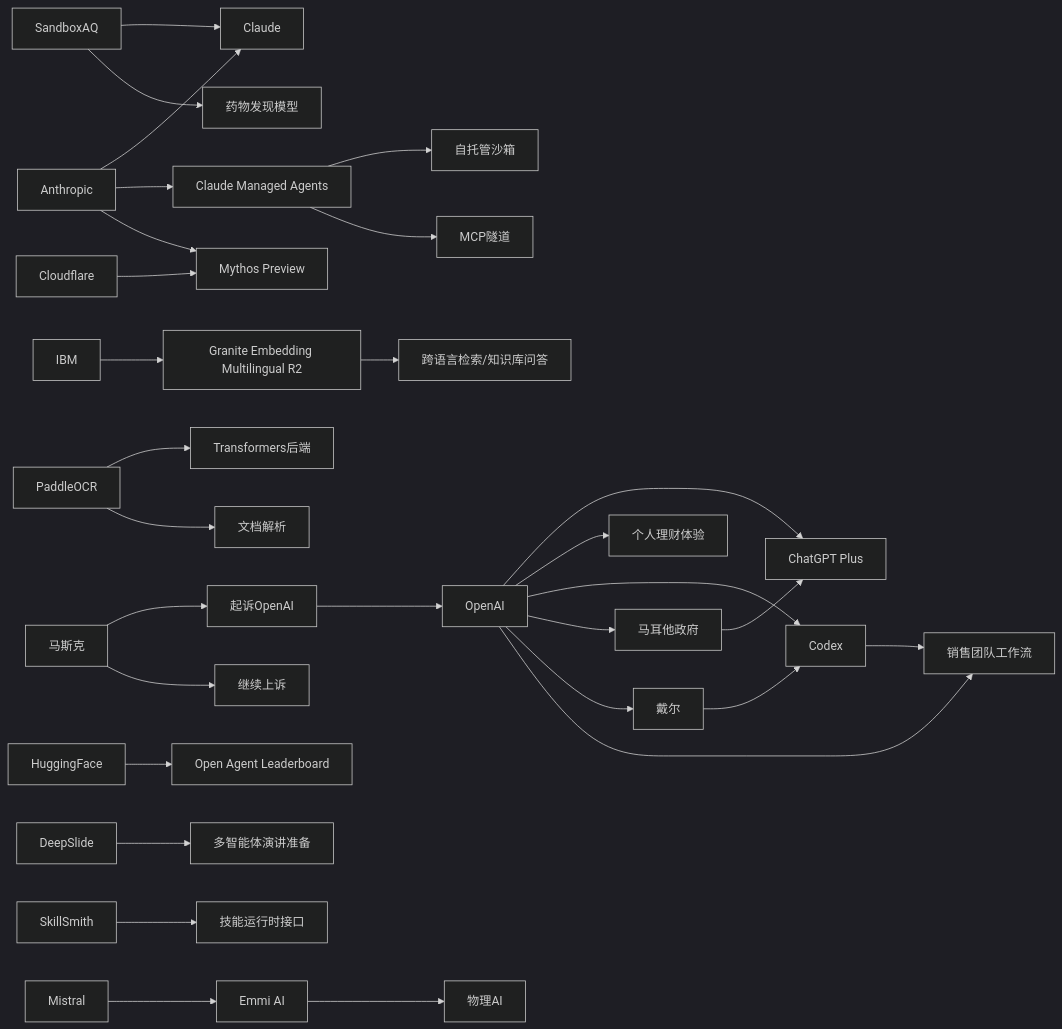
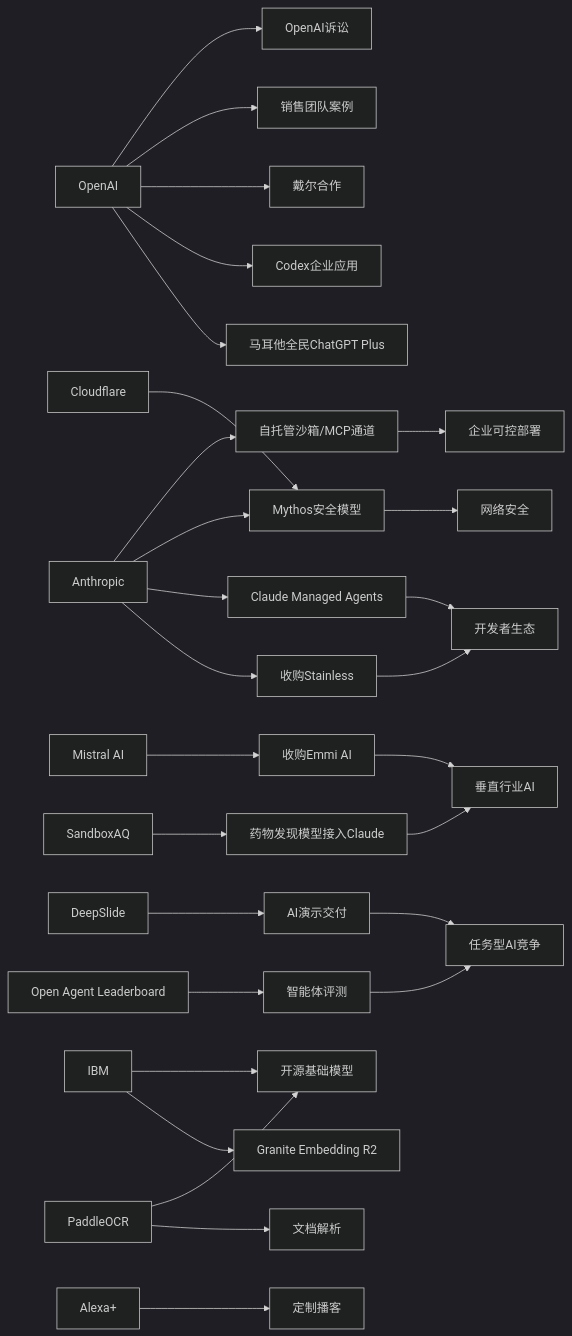
One commit to zhuxinfei/ai-daily-site changed the diagram in content/cn/2026/2026-05/2026-05-19.md. Above: the diagram before and after it, drawn with Mermaid (dark theme). The commit also changed other lines of this file, not shown here.

````diff
--- a/content/cn/2026/2026-05/2026-05-19.md
+++ b/content/cn/2026/2026-05/2026-05-19.md
@@ -149,42 +108,33 @@
 ```mermaid
 graph LR
-    OpenAI --> ChatGPTPlus[ChatGPT Plus]
-    OpenAI --> Finance[个人理财体验]
-    OpenAI --> Codex
-    OpenAI --> Malta[马耳他政府]
-    OpenAI --> Dell[戴尔]
-    OpenAI --> Sales[销售团队工作流]
+A[OpenAI] --> B[马耳他全民ChatGPT Plus]
+A --> C[Codex企业应用]
+A --> D[戴尔合作]
+A --> E[销售团队案例]
+A --> F[OpenAI诉讼]
 
-    Malta --> ChatGPTPlus
-    Dell --> Codex
-    Codex --> Sales
+G[Anthropic] --> H[收购Stainless]
+G --> I[Claude Managed Agents]
+G --> J[Mythos安全模型]
+G --> K[自托管沙箱/MCP通道]
+H --> L[开发者生态]
+I --> L
+J --> M[网络安全]
+K --> N[企业可控部署]
 
-    SandboxAQ --> Claude
-    SandboxAQ --> Drug[药物发现模型]
+O[SandboxAQ] --> P[药物发现模型接入Claude]
+Q[Mistral AI] --> R[收购Emmi AI]
+S[IBM] --> T[Granite Embedding R2]
+U[DeepSlide] --> V[AI演示交付]
+W[Cloudflare] --> J
+X[PaddleOCR] --> Y[文档解析]
+Z[Open Agent Leaderboard] --> AA[智能体评测]
+BB[Alexa+] --> CC[定制播客]
 
-    Anthropic --> Claude
-    Anthropic --> ManagedAgents[Claude Managed Agents]
-    Anthropic --> Mythos[Mythos Preview]
-    ManagedAgents --> Sandbox[自托管沙箱]
-    ManagedAgents --> MCP[MCP隧道]
-
-    Cloudflare --> Mythos
-
-    IBM --> Granite[Granite Embedding Multilingual R2]
-    Granite --> Retrieval[跨语言检索/知识库问答]
-
-    Mistral --> EmmiAI[Emmi AI]
-    EmmiAI --> PhysicalAI[物理AI]
-
-    PaddleOCR --> Transformers[Transformers后端]
-    PaddleOCR --> DocAI[文档解析]
-
-    HuggingFace --> AgentLB[Open Agent Leaderboard]
-
-    DeepSlide --> MultiAgent[多智能体演讲准备]
-    SkillSmith --> Runtime[技能运行时接口]
-
-    Musk[马斯克] --> Lawsuit[起诉OpenAI]
-    Lawsuit --> OpenAI
-    Musk --> Appeal[继续上诉]
+P --> L2[垂直行业AI]
+R --> L2
+S --> L3[开源基础模型]
+X --> L3
+AA --> L4[任务型AI竞争]
+V --> L4
 ```
````
